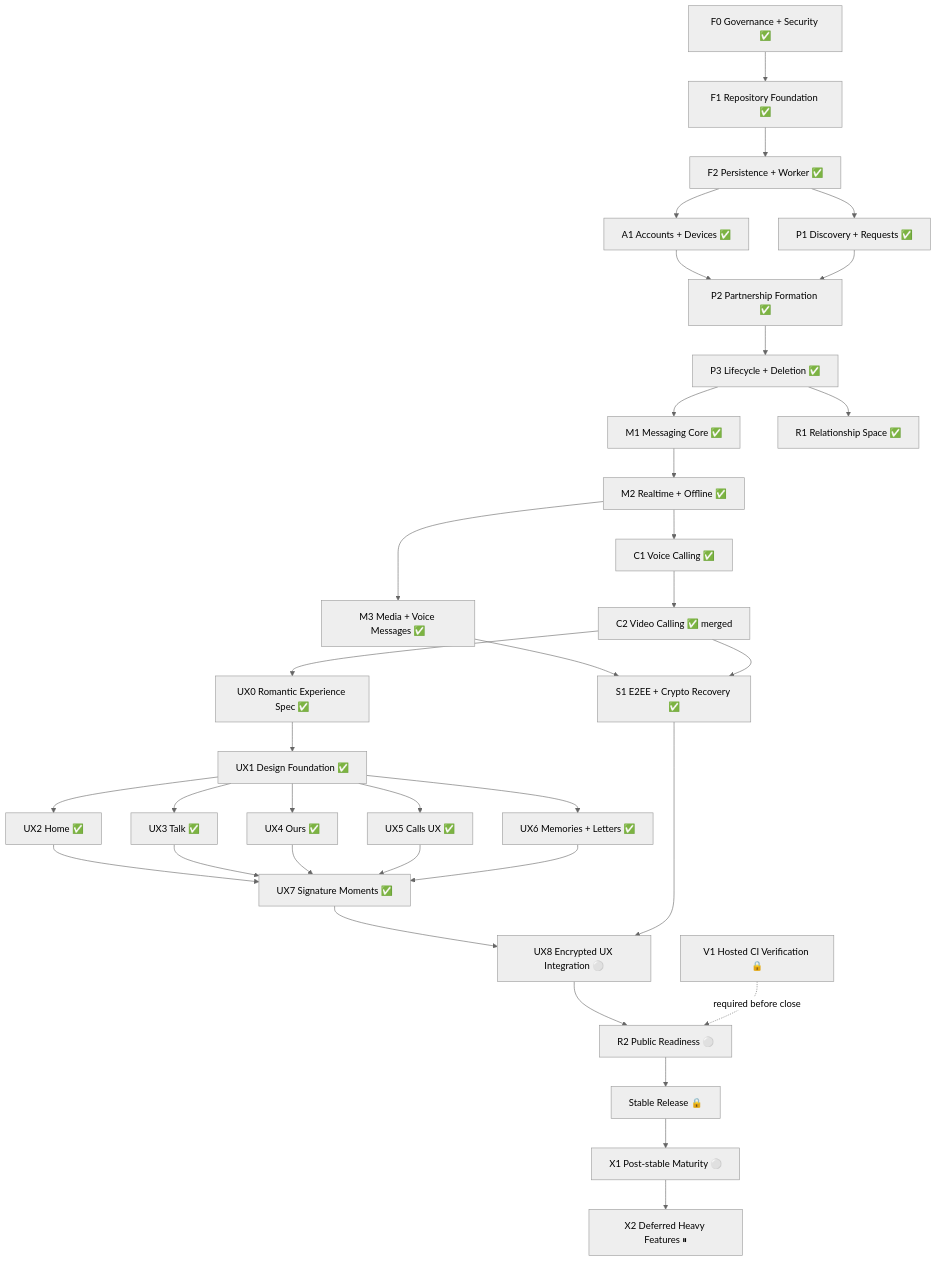
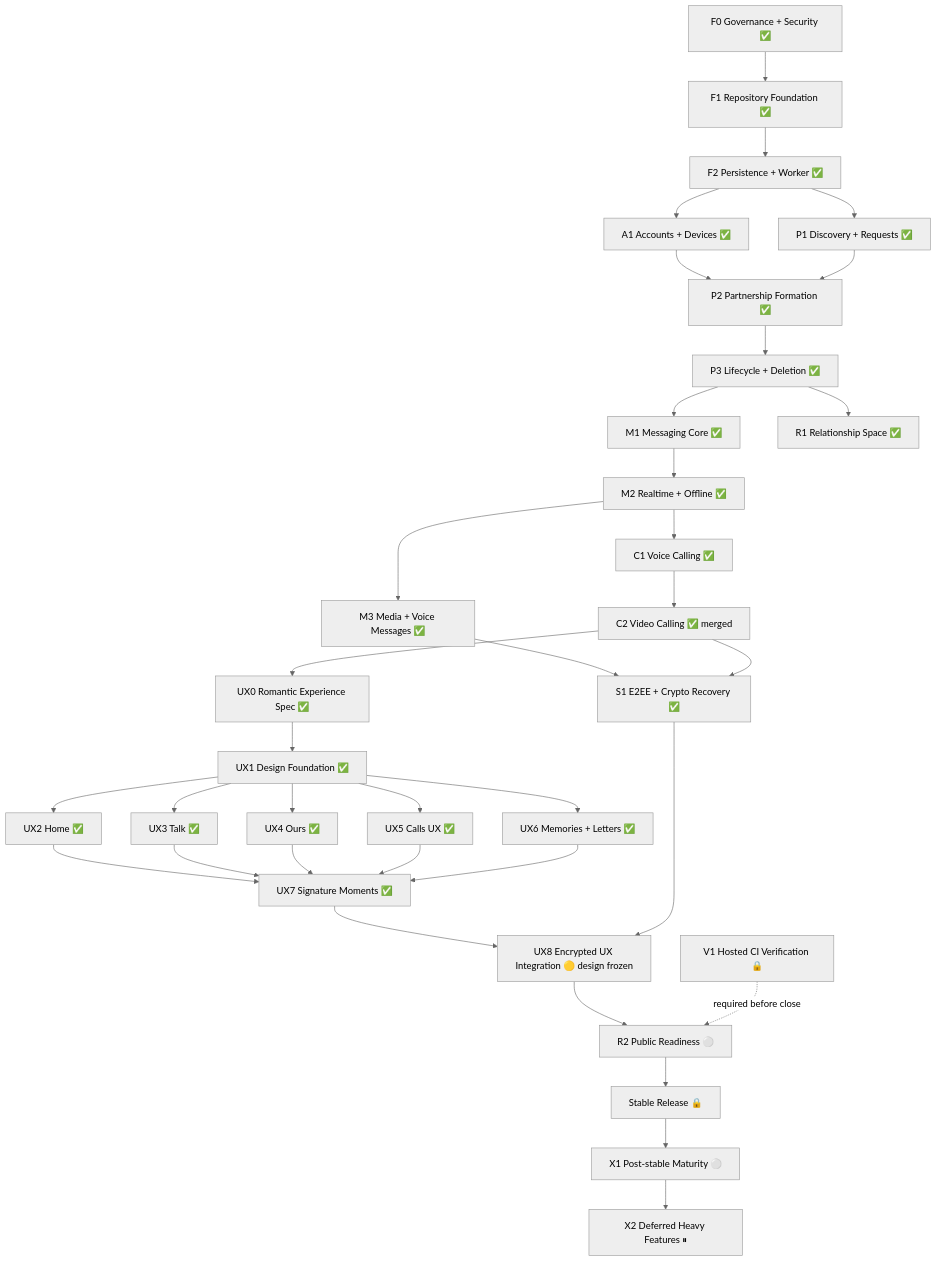
Before and after one commit to ekamal22/shawtie-pls-app: the diagram in docs/EXECUTION_GRAPH.md, drawn with Mermaid (neutral theme). The commit also changed other lines of this file and 9 other files, not shown here.

Commit message:
docs: freeze UX8 encrypted UX integration design [skip ci]

```diff
--- a/docs/EXECUTION_GRAPH.md
+++ b/docs/EXECUTION_GRAPH.md
@@ -99,47 +99,47 @@
 ~~~mermaid
 flowchart TD
     F0["F0 Governance + Security ✅"] --> F1["F1 Repository Foundation ✅"]
     F1 --> F2["F2 Persistence + Worker ✅"]
 
     F2 --> A1["A1 Accounts + Devices ✅"]
     F2 --> P1["P1 Discovery + Requests ✅"]
 
     A1 --> P2["P2 Partnership Formation ✅"]
     P1 --> P2
 
     P2 --> P3["P3 Lifecycle + Deletion ✅"]
 
     P3 --> M1["M1 Messaging Core ✅"]
     P3 --> R1["R1 Relationship Space ✅"]
 
     M1 --> M2["M2 Realtime + Offline ✅"]
 
     M2 --> M3["M3 Media + Voice Messages ✅"]
     M2 --> C1["C1 Voice Calling ✅"]
     C1 --> C2["C2 Video Calling ✅ merged"]
 
     C2 --> UX0["UX0 Romantic Experience Spec ✅"]
     UX0 --> UX1["UX1 Design Foundation ✅"]
     UX1 --> UX2["UX2 Home ✅"]
     UX1 --> UX3["UX3 Talk ✅"]
     UX1 --> UX4["UX4 Ours ✅"]
     UX1 --> UX5["UX5 Calls UX ✅"]
     UX1 --> UX6["UX6 Memories + Letters ✅"]
     UX2 --> UX7["UX7 Signature Moments ✅"]
     UX3 --> UX7
     UX4 --> UX7
     UX5 --> UX7
     UX6 --> UX7
 
     M3 --> S1["S1 E2EE + Crypto Recovery ✅"]
     C2 --> S1
-    UX7 --> UX8["UX8 Encrypted UX Integration ⚪"]
+    UX7 --> UX8["UX8 Encrypted UX Integration 🟡 design frozen"]
     S1 --> UX8
 
     UX8 --> R2["R2 Public Readiness ⚪"]
     V1["V1 Hosted CI Verification 🔒"] -. required before close .-> R2
 
     R2 --> RELEASE["Stable Release 🔒"]
     RELEASE --> X1["X1 Post-stable Maturity ⚪"]
     X1 --> X2["X2 Deferred Heavy Features ⏸"]
 ~~~
```
